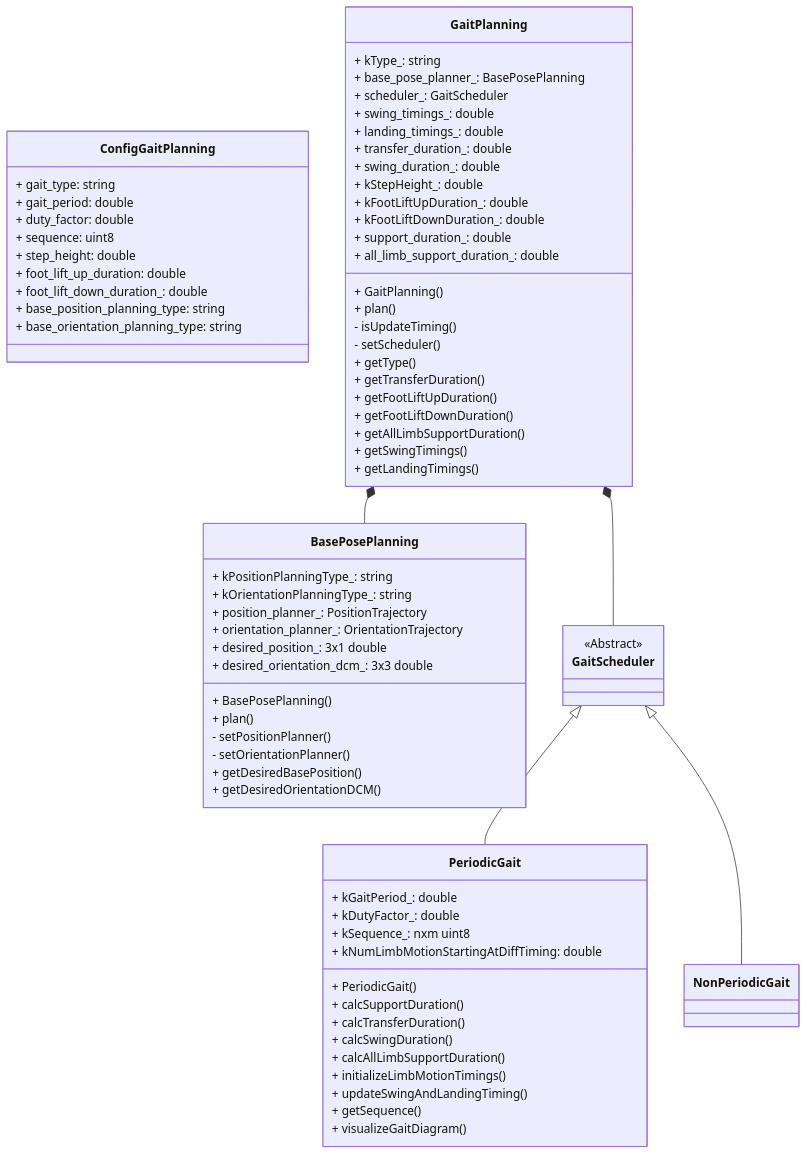
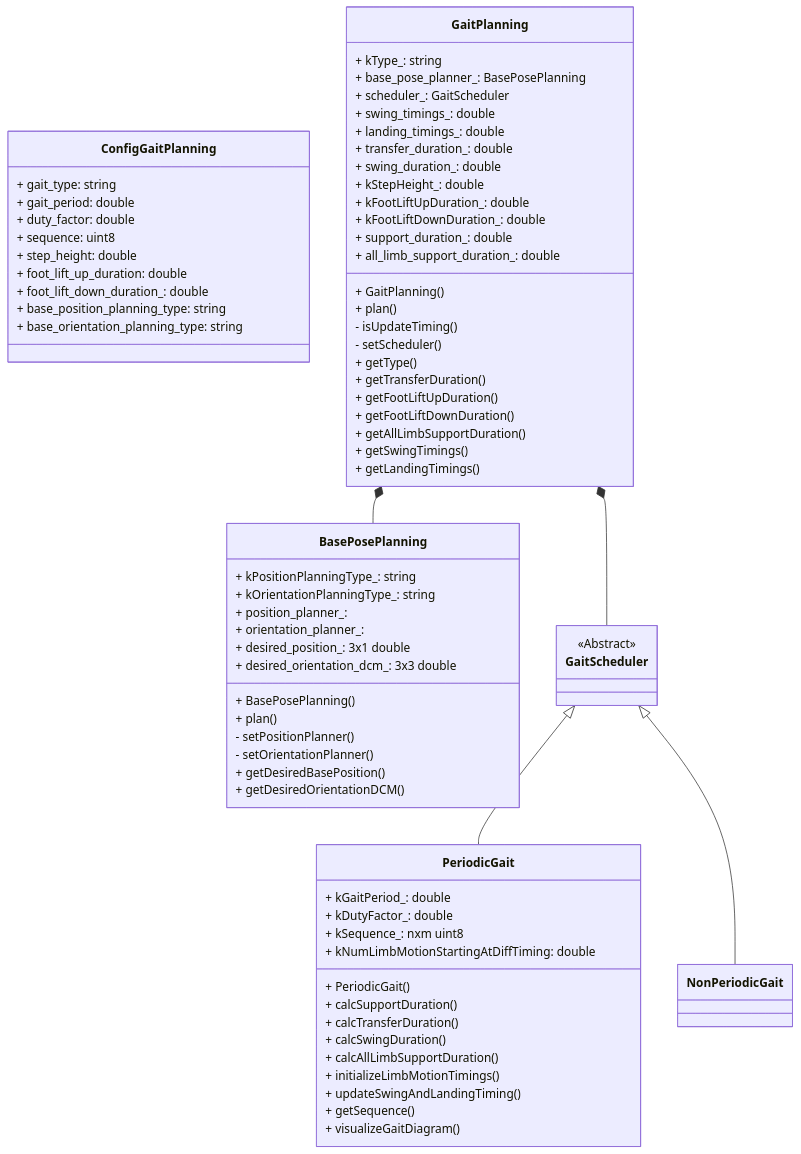
Before and after one commit to Space-Robotics-Laboratory/ClimbLab: the diagram in src/planning_and_control/high_level_controller/gait_planning/gait_planning_class_design.md, drawn with Mermaid. The commit also changed 10 other files, not shown here.

```diff
--- a/src/planning_and_control/high_level_controller/gait_planning/gait_planning_class_design.md
+++ b/src/planning_and_control/high_level_controller/gait_planning/gait_planning_class_design.md
@@ -47,8 +47,8 @@
   class BasePosePlanning {
     + kPositionPlanningType_: string
     + kOrientationPlanningType_: string
-    + position_planner_: PositionTrajectory
-    + orientation_planner_: OrientationTrajectory
+    + position_planner_:
+    + orientation_planner_:
     + desired_position_: 3x1 double
     + desired_orientation_dcm_: 3x3 double
 
```
